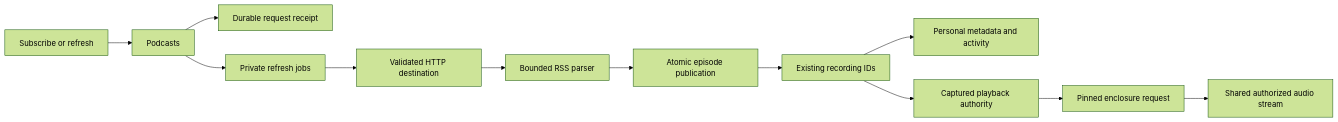
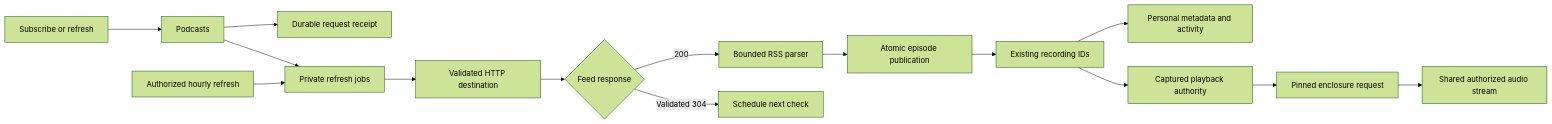
Before and after one commit to acidiney/hitoapp: the diagram in docs/podcasts.md, drawn with Mermaid (forest theme). The commit also changed other lines of this file and 2 other files, not shown here.

````diff
--- a/docs/podcasts.md
+++ b/docs/podcasts.md
@@ -9,14 +9,17 @@
 ```mermaid
 flowchart LR
     Request[Subscribe or refresh] --> Podcasts
     Podcasts --> Receipt[Durable request receipt]
     Podcasts --> Jobs[Private refresh jobs]
+    Due[Authorized hourly refresh] --> Jobs
     Jobs --> HTTP[Validated HTTP destination]
-    HTTP --> Parser[Bounded RSS parser]
+    HTTP --> Response{Feed response}
+    Response -->|200| Parser[Bounded RSS parser]
+    Response -->|Validated 304| Checked[Schedule next check]
     Parser --> Publish[Atomic episode publication]
     Publish --> Catalog[Existing recording IDs]
     Catalog --> Collection[Personal metadata and activity]
     Catalog --> Grant[Captured playback authority]
     Grant --> Enclosure[Pinned enclosure request]
     Enclosure --> Stream[Shared authorized audio stream]
 ```
````
